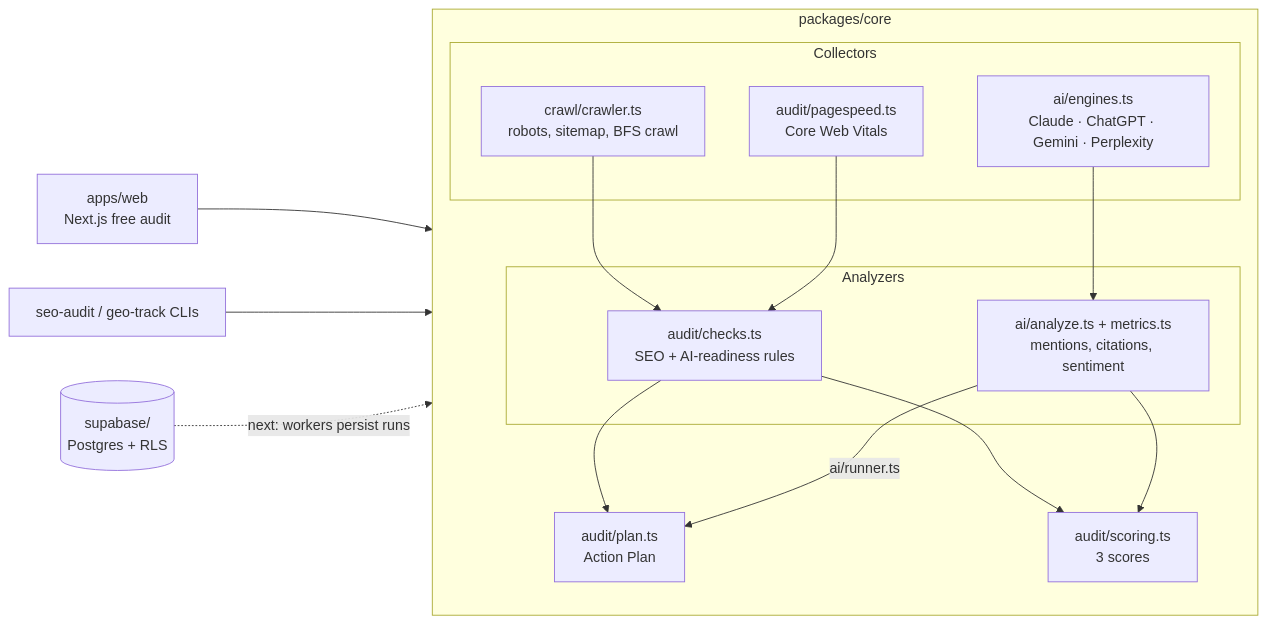
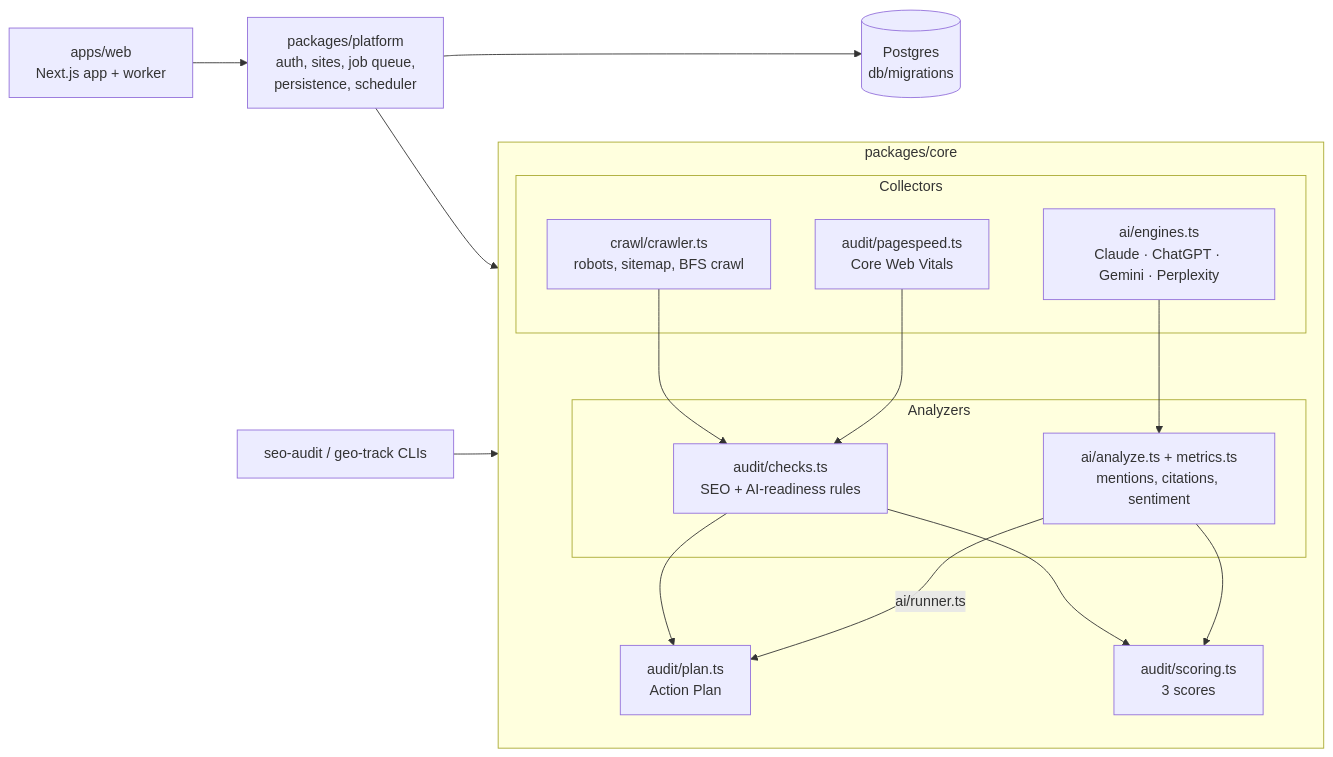
The diagram in docs/architecture.md (spencertownley-sys/SEOBuilder), drawn with Mermaid before and after one commit. The commit also changed other lines of this file and 62 other files, not shown here.

First line of the commit message:
Finish the v1 app: accounts, saved sites, re-check loop, AI tracking UI, deploy config

````diff
--- a/docs/architecture.md
+++ b/docs/architecture.md
@@ -6,27 +6,28 @@
 ```mermaid
 flowchart LR
   subgraph core["packages/core"]
     direction TB
     subgraph collect[Collectors]
       CR["crawl/crawler.ts<br/>robots, sitemap, BFS crawl"]
       PS["audit/pagespeed.ts<br/>Core Web Vitals"]
       AI["ai/engines.ts<br/>Claude · ChatGPT · Gemini · Perplexity"]
     end
     subgraph analyze[Analyzers]
       CH["audit/checks.ts<br/>SEO + AI-readiness rules"]
       AN["ai/analyze.ts + metrics.ts<br/>mentions, citations, sentiment"]
     end
     PL["audit/plan.ts<br/>Action Plan"]
     SC["audit/scoring.ts<br/>3 scores"]
     CR --> CH
     PS --> CH
     AI --> AN
     CH --> PL
     AN -->|ai/runner.ts| PL
     CH --> SC
     AN --> SC
   end
-  WEB["apps/web<br/>Next.js free audit"] --> core
+  PLAT["packages/platform<br/>auth, sites, job queue,<br/>persistence, scheduler"] --> core
+  WEB["apps/web<br/>Next.js app + worker"] --> PLAT
   CLI["seo-audit / geo-track CLIs"] --> core
-  DB[("supabase/<br/>Postgres + RLS")] -.->|next: workers persist runs| core
+  PLAT --> DB[("Postgres<br/>db/migrations")]
 ```
````
